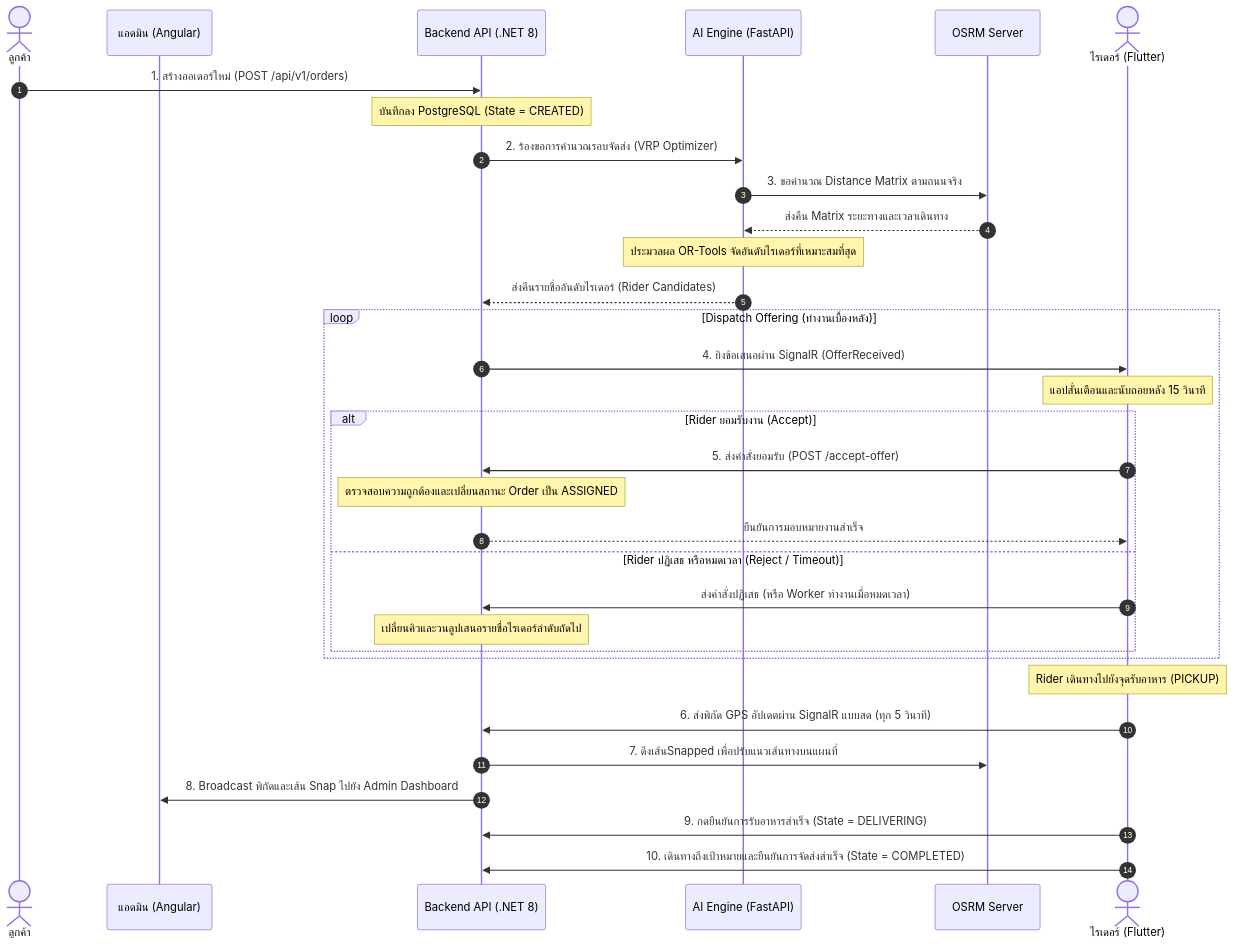
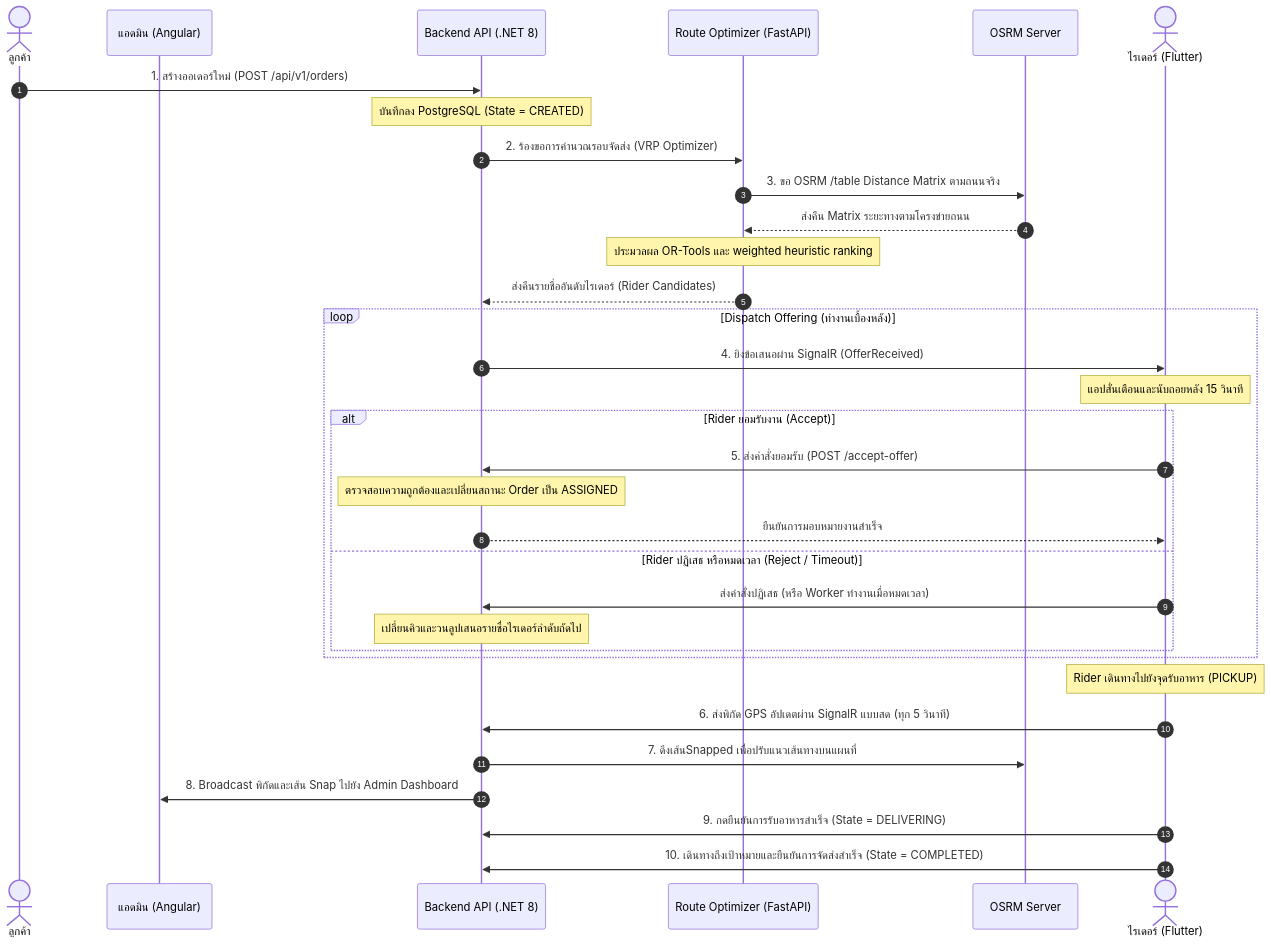
Before and after one commit to NineMek04/Delivery: the second of 3 diagrams in Documents/development/SYSTEM-OVERVIEW.md, drawn with Mermaid. The commit also changed other lines of this file and 103 other files, not shown here.

````diff
--- a/Documents/development/SYSTEM-OVERVIEW.md
+++ b/Documents/development/SYSTEM-OVERVIEW.md
@@ -64,38 +64,38 @@
 ```mermaid
 sequenceDiagram
     autonumber
     actor Customer as ลูกค้า
     participant Admin as แอดมิน (Angular)
     participant API as Backend API (.NET 8)
-    participant AI as AI Engine (FastAPI)
+    participant RouteOpt as Route Optimizer (FastAPI)
     participant OSRM as OSRM Server
     actor Rider as ไรเดอร์ (Flutter)
 
     Customer->>API: 1. สร้างออเดอร์ใหม่ (POST /api/v1/orders)
     Note over API: บันทึกลง PostgreSQL (State = CREATED)
-    API->>AI: 2. ร้องขอการคำนวณรอบจัดส่ง (VRP Optimizer)
-    AI->>OSRM: 3. ขอคำนวณ Distance Matrix ตามถนนจริง
-    OSRM-->>AI: ส่งคืน Matrix ระยะทางและเวลาเดินทาง
-    Note over AI: ประมวลผล OR-Tools จัดอันดับไรเดอร์ที่เหมาะสมที่สุด
-    AI-->>API: ส่งคืนรายชื่ออันดับไรเดอร์ (Rider Candidates)
+    API->>RouteOpt: 2. ร้องขอการคำนวณรอบจัดส่ง (VRP Optimizer)
+    RouteOpt->>OSRM: 3. ขอ OSRM /table Distance Matrix ตามถนนจริง
+    OSRM-->>RouteOpt: ส่งคืน Matrix ระยะทางตามโครงข่ายถนน
+    Note over RouteOpt: ประมวลผล OR-Tools และ weighted heuristic ranking
+    RouteOpt-->>API: ส่งคืนรายชื่ออันดับไรเดอร์ (Rider Candidates)
     
     loop Dispatch Offering (ทำงานเบื้องหลัง)
         API->>Rider: 4. ยิงข้อเสนอผ่าน SignalR (OfferReceived)
         Note over Rider: แอปสั่นเตือนและนับถอยหลัง 15 วินาที
         alt Rider ยอมรับงาน (Accept)
             Rider->>API: 5. ส่งคำสั่งยอมรับ (POST /accept-offer)
             Note over API: ตรวจสอบความถูกต้องและเปลี่ยนสถานะ Order เป็น ASSIGNED
             API-->>Rider: ยืนยันการมอบหมายงานสำเร็จ
         else Rider ปฏิเสธ หรือหมดเวลา (Reject / Timeout)
             Rider->>API: ส่งคำสั่งปฏิเสธ (หรือ Worker ทำงานเมื่อหมดเวลา)
             Note over API: เปลี่ยนคิวและวนลูปเสนอรายชื่อไรเดอร์ลำดับถัดไป
         end
     end
 
     Note over Rider: Rider เดินทางไปยังจุดรับอาหาร (PICKUP)
     Rider->>API: 6. ส่งพิกัด GPS อัปเดตผ่าน SignalR แบบสด (ทุก 5 วินาที)
     API->>OSRM: 7. ดึงเส้นSnapped เพื่อปรับแนวเส้นทางบนแผนที่
     API->>Admin: 8. Broadcast พิกัดและเส้น Snap ไปยัง Admin Dashboard
     Rider->>API: 9. กดยืนยันการรับอาหารสำเร็จ (State = DELIVERING)
     Rider->>API: 10. เดินทางถึงเป้าหมายและยืนยันการจัดส่งสำเร็จ (State = COMPLETED)
 ```
````
